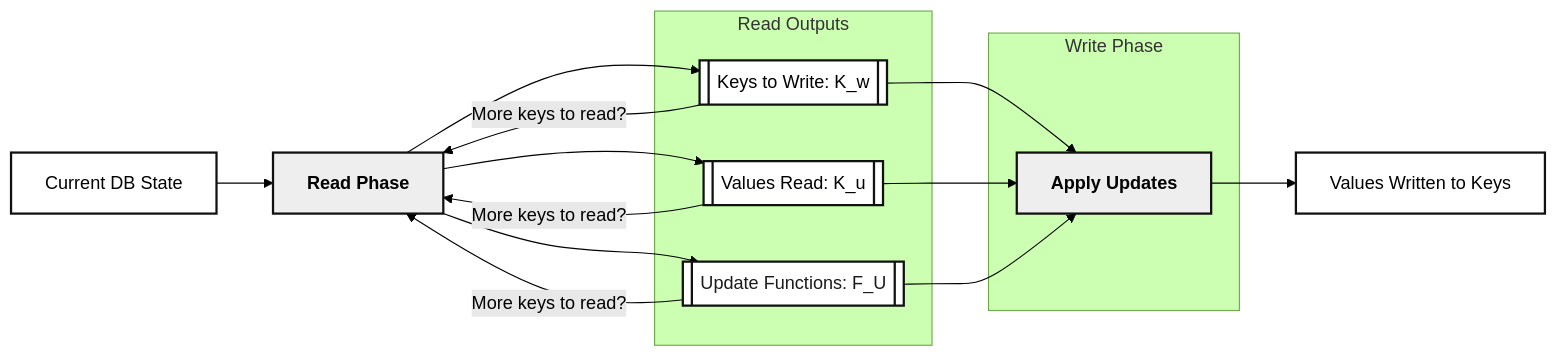
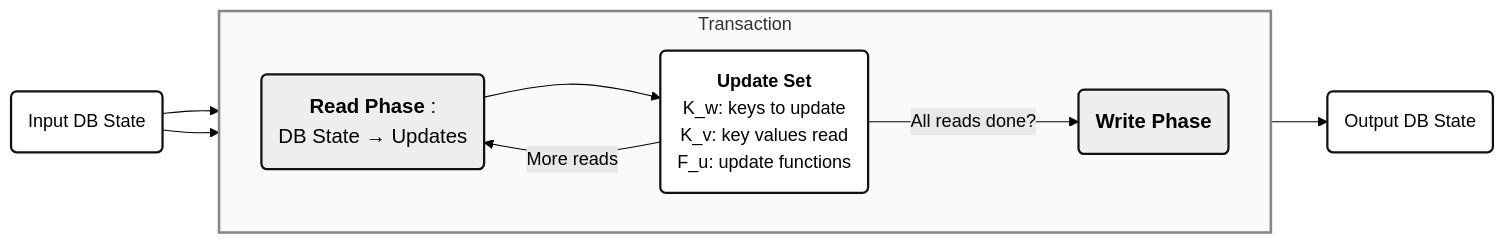
One commit to will62794/will62794.github.io changed the diagram in _posts/2026-05-25-transactional-programming.md. Above: the diagram before and after it, drawn with Mermaid (forest theme). The commit also changed other lines of this file, not shown here.

````diff
--- a/_posts/2026-05-25-transactional-programming.md
+++ b/_posts/2026-05-25-transactional-programming.md
@@ -208,27 +206,25 @@
 ```mermaid
 flowchart LR
     %% Black and White Style
     %% Use sharp edges, grayscale fills, and monochrome arrows/nodes
 
     %% Define style classes for black/white mode
     classDef bwNode fill:#fff,stroke:#111,color:#000,stroke-width:2px
-    classDef bwEmph fill:#eee,stroke:#111,color:#000,stroke-width:2px,font-weight:bold
-    classDef bwPhase fill:#fff,stroke:#111,color:#1a1a1a,stroke-width:2px
-    classDef bwOutput fill:#fff,stroke:#111,color:#1a1a1a,stroke-width:2px
+    classDef bwEmph fill:#eee,stroke:#111,color:#000,stroke-width:2px,font-size:18px;
+    classDef bwBox fill:#fff,stroke:#888,stroke-width:2px,color:#111
 
-    A[Current DB State]:::bwNode --> B[Read Phase]:::bwEmph
-    B --> C[[Keys to Write: K_w]]:::bwNode
-    B --> D[[Values Read: K_u]]:::bwNode
-    D -- "More keys to read?" --> B
-    C -- "More keys to read?" --> B
-    E -- "More keys to read?" --> B
-    B --> E[[Update Functions: F_U]]:::bwNode
-    C & D & E -->F[Apply Update Functions]:::bwEmph
-    subgraph Write Phase
-        F[Apply Updates]:::bwEmph
+    A(Input DB State):::bwNode --> B
+    B(<b>Read Phase</b> : <br> DB State → Updates):::bwEmph --> C(<b>Update Set</b> <br> K_w: keys to update <br> K_v: key values read <br> F_u: update functions):::bwNode
+    B2 --> D(Output DB State):::bwNode
+    A --> B2
+    C -- More reads--> B
+
+    subgraph Transaction["Transaction"]
+        direction LR
+        B2(<b>Write Phase</b>):::bwEmph
+        C -- All reads done? --> B2
+        B
+        C
+        style Transaction fill:#fafafa,stroke:#888,stroke-width:2.3px
     end
-    subgraph Read Outputs
-        C & D & E:::bwOutput
-    end
-    F --> G[Values Written to Keys]:::bwNode
 ```
````
